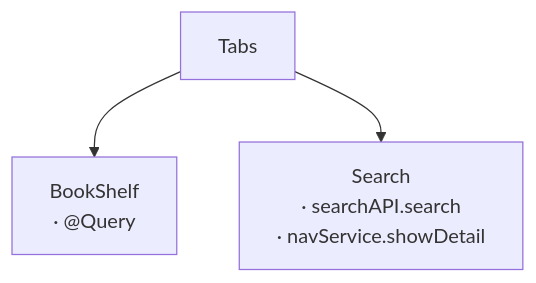
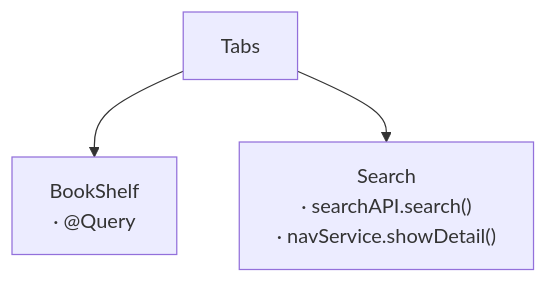
One commit to sisoje/hypermodular changed the diagram in example/Landing/Tabs/MAP.md. Above: the diagram before and after it, drawn with Mermaid. The commit also changed 10 other files, not shown here.

````diff
--- a/example/Landing/Tabs/MAP.md
+++ b/example/Landing/Tabs/MAP.md
@@ -1,6 +1,6 @@
 ```mermaid
 %% Root: Tabs · Parent: Landing (../MAP.md)
 flowchart TD
     Tabs --> BookShelf["BookShelf<br/>· @Query"]
-    Tabs --> Search["Search<br/>· searchAPI.search<br/>· navService.showDetail"]
+    Tabs --> Search["Search<br/>· searchAPI.search()<br/>· navService.showDetail()"]
 ```
````
